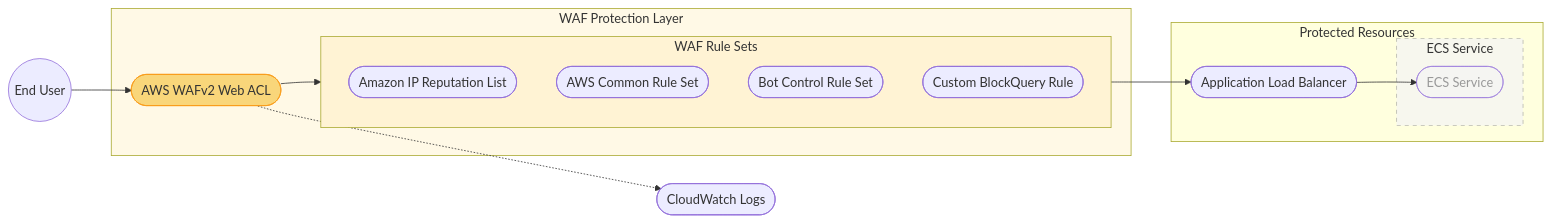
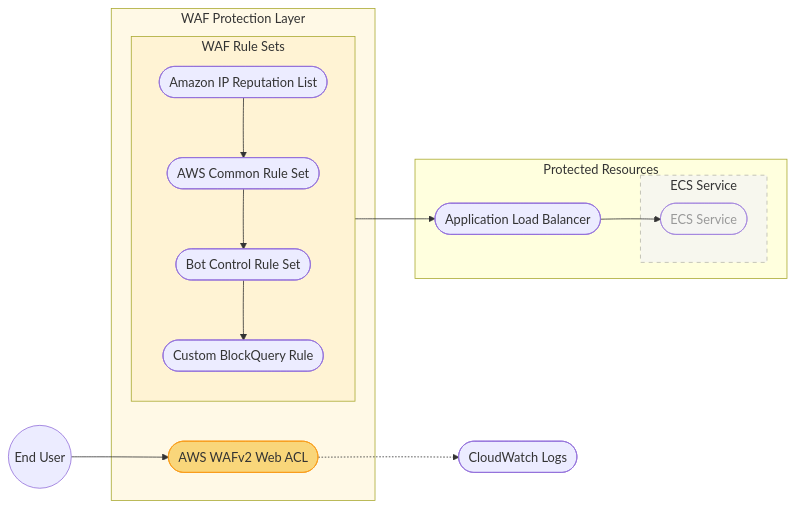
Before and after one commit to vaughngit/cdk-ecs-alb-waf-owasp-webapp: the diagram in standalone-waf-diagram.md, drawn with Mermaid.

Commit message:
updated rule direction

````diff
--- a/standalone-waf-diagram.md
+++ b/standalone-waf-diagram.md
@@ -3,36 +3,33 @@
 ```mermaid
 flowchart LR
     User((End User)) --> WAF
     
     subgraph WAFProtection[WAF Protection Layer]
         WAF([AWS WAFv2 Web ACL])
         subgraph RuleSets[WAF Rule Sets]
             direction TB
-            IPRule([Amazon IP Reputation List])
-            CommonRule([AWS Common Rule Set])
-            BotRule([Bot Control Rule Set])
-            CustomRule([Custom BlockQuery Rule])
+            IPRule([Amazon IP Reputation List]) --> CommonRule([AWS Common Rule Set])
+            CommonRule --> BotRule([Bot Control Rule Set])
+            BotRule --> CustomRule([Custom BlockQuery Rule])
         end
-        
-        WAF --> RuleSets
     end
     
     RuleSets --> ALB
     WAF -.-> CWLogs([CloudWatch Logs])
     
     subgraph Resources[Protected Resources]
         ALB([Application Load Balancer])
         subgraph ECSCluster[ECS Service]
             style ECSCluster fill:#f5f5f5,stroke:#999,stroke-dasharray: 5 5
             ECS([ECS Service])
             style ECS fill:#f5f5f5,color:#999
         end
         ALB --> ECS
     end
     
     style ECSCluster opacity:0.7
     style ECS opacity:0.7
     style WAF fill:#f9d67a,stroke:#f99c1a
     style WAFProtection fill:#fff9e6
     style RuleSets fill:#fff3d4
 ```
````
